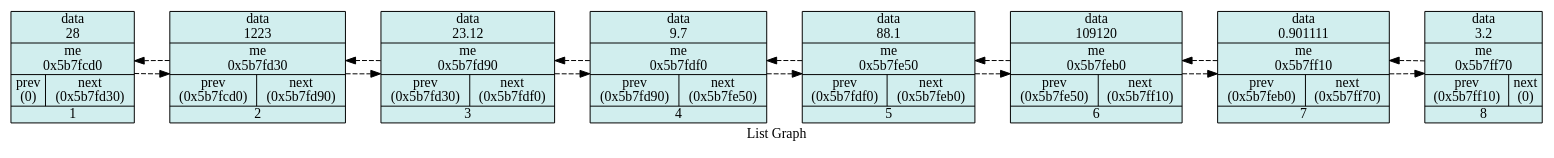
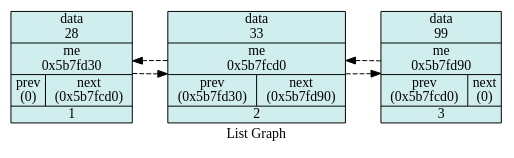
One commit to StaVan28/iLab changed the diagram in 5_list/txt/graph_list.dot. Above: the diagram before and after it, drawn with Graphviz. The commit also changed 7 other files, not shown here.

```diff
--- a/5_list/txt/graph_list.dot
+++ b/5_list/txt/graph_list.dot
@@ -1,32 +1,17 @@
 digraph List {
 
 	node [shape = "circle", style = "filled", fillcolor = "salmon1", fontcolor = "#000000", margin = "0.01"];
 	edge [style = "dashed"];
 	rankdir = "LR"
 
 	label = "List Graph";
 
-	"V0x5b7fcd0"[shape = "record", fillcolor="lightcyan2", label = "    data\n28 |    me\n0x5b7fcd0 | {prev\n(0) |  next\n(0x5b7fd30)} | <f0> 1"];
-	"V0x5b7fd30"[shape = "record", fillcolor="lightcyan2", label = "    data\n1223 |    me\n0x5b7fd30 | {prev\n(0x5b7fcd0) |  next\n(0x5b7fd90)} | <f0> 2"];
-	"V0x5b7fd90"[shape = "record", fillcolor="lightcyan2", label = "    data\n23.12 |    me\n0x5b7fd90 | {prev\n(0x5b7fd30) |  next\n(0x5b7fdf0)} | <f0> 3"];
-	"V0x5b7fdf0"[shape = "record", fillcolor="lightcyan2", label = "    data\n9.7 |    me\n0x5b7fdf0 | {prev\n(0x5b7fd90) |  next\n(0x5b7fe50)} | <f0> 4"];
-	"V0x5b7fe50"[shape = "record", fillcolor="lightcyan2", label = "    data\n88.1 |    me\n0x5b7fe50 | {prev\n(0x5b7fdf0) |  next\n(0x5b7feb0)} | <f0> 5"];
-	"V0x5b7feb0"[shape = "record", fillcolor="lightcyan2", label = "    data\n109120 |    me\n0x5b7feb0 | {prev\n(0x5b7fe50) |  next\n(0x5b7ff10)} | <f0> 6"];
-	"V0x5b7ff10"[shape = "record", fillcolor="lightcyan2", label = "    data\n0.901111 |    me\n0x5b7ff10 | {prev\n(0x5b7feb0) |  next\n(0x5b7ff70)} | <f0> 7"];
-	"V0x5b7ff70"[shape = "record", fillcolor="lightcyan2", label = "    data\n3.2 |    me\n0x5b7ff70 | {prev\n(0x5b7ff10) |  next\n(0)} | <f0> 8"];
+	"V0x5b7fd30"[shape = "record", fillcolor="lightcyan2", label = "    data\n28 |    me\n0x5b7fd30 | {prev\n(0) |  next\n(0x5b7fcd0)} | <f0> 1"];
+	"V0x5b7fcd0"[shape = "record", fillcolor="lightcyan2", label = "    data\n33 |    me\n0x5b7fcd0 | {prev\n(0x5b7fd30) |  next\n(0x5b7fd90)} | <f0> 2"];
+	"V0x5b7fd90"[shape = "record", fillcolor="lightcyan2", label = "    data\n99 |    me\n0x5b7fd90 | {prev\n(0x5b7fcd0) |  next\n(0)} | <f0> 3"];
 
-	"V0x5b7ff10"->"V0x5b7ff70";
-	"V0x5b7feb0"->"V0x5b7ff10";
-	"V0x5b7fe50"->"V0x5b7feb0";
-	"V0x5b7fdf0"->"V0x5b7fe50";
-	"V0x5b7fd90"->"V0x5b7fdf0";
-	"V0x5b7fd30"->"V0x5b7fd90";
+	"V0x5b7fcd0"->"V0x5b7fd90";
+	"V0x5b7fd30"->"V0x5b7fcd0";
 	"V0x5b7fcd0"->"V0x5b7fd30";
-	"V0x5b7fd30"->"V0x5b7fcd0";
-	"V0x5b7fd90"->"V0x5b7fd30";
-	"V0x5b7fdf0"->"V0x5b7fd90";
-	"V0x5b7fe50"->"V0x5b7fdf0";
-	"V0x5b7feb0"->"V0x5b7fe50";
-	"V0x5b7ff10"->"V0x5b7feb0";
-	"V0x5b7ff70"->"V0x5b7ff10";
+	"V0x5b7fd90"->"V0x5b7fcd0";
 }
```
